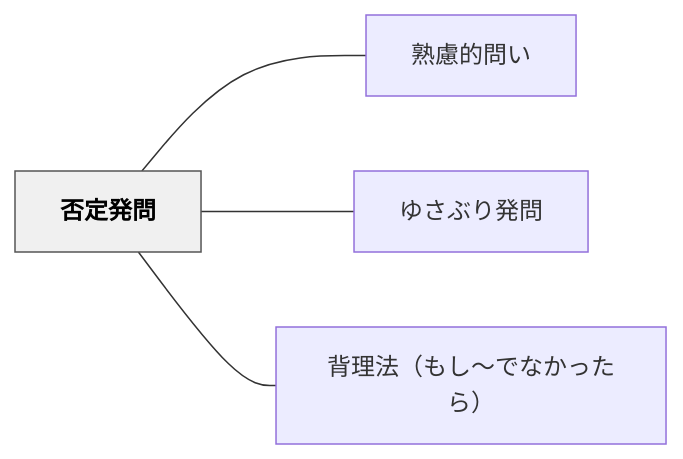
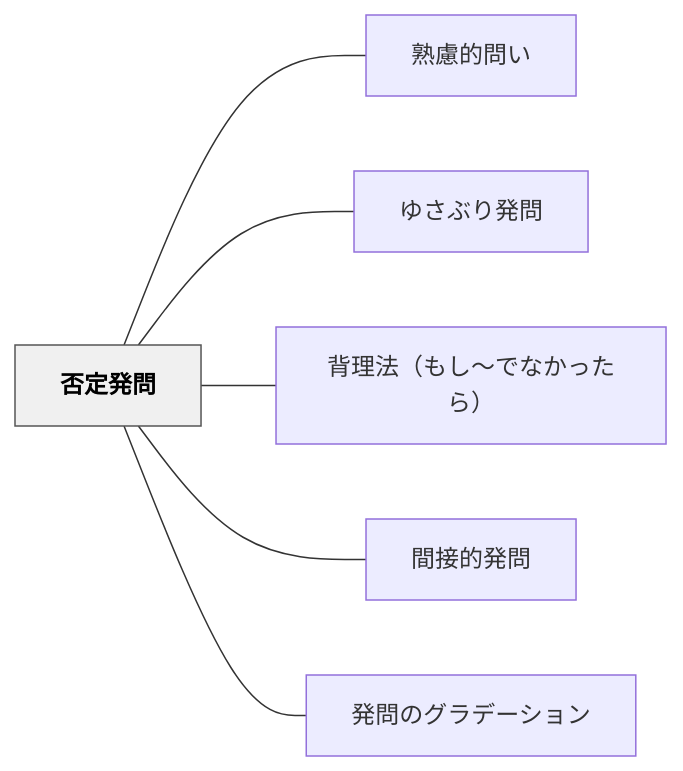
Before and after one commit to unknownthings-ed-patterns/unknownthings-ed-patterns: the diagram in content/パタン/否定発問.md, drawn with Mermaid. The commit also changed other lines of this file and 19 other files, not shown here.

````diff
--- a/content/パタン/否定発問.md
+++ b/content/パタン/否定発問.md
@@ -40,14 +56,18 @@
 ```mermaid
 flowchart LR
     ne590a6e5ae9a["否定発問"]
     ne7869fe685ae["熟慮的問い"]
     ne38286e38195["ゆさぶり発問"]
     ne8838ce79086["背理法（もし〜でなかったら）"]
+    ne99693e68ea5["間接的発問"]
+    ne799bae5958f["発問のグラデーション"]
 
     ne590a6e5ae9a --- ne7869fe685ae
     ne590a6e5ae9a --- ne38286e38195
     ne590a6e5ae9a --- ne8838ce79086
+    ne590a6e5ae9a --- ne99693e68ea5
+    ne590a6e5ae9a --- ne799bae5958f
 
     classDef hub fill:#f0f0f0,stroke:#555,color:#000,font-weight:bold
     class ne590a6e5ae9a hub
 ```
````
